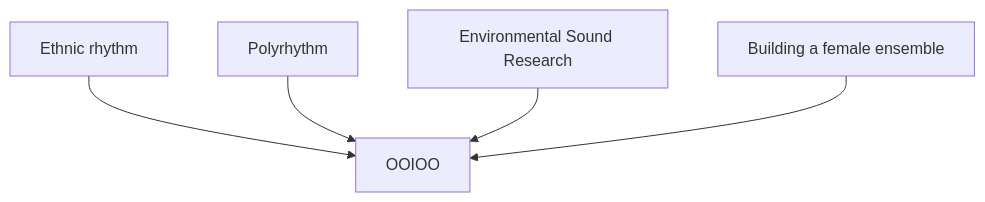
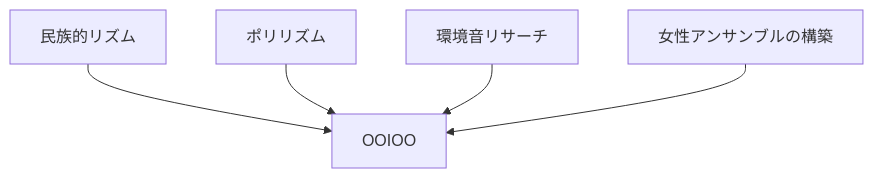
The fourth of 6 diagrams in en/_posts/2025-12-05-column-boredoms.md (monumental-movement/monumental-movement.github.io), drawn with Mermaid before and after one commit. The commit also changed other lines of this file and 775 other files, not shown here.

```diff
--- a/en/_posts/2025-12-05-column-boredoms.md
+++ b/en/_posts/2025-12-05-column-boredoms.md
@@ -193,7 +192,7 @@
 <div class="mermaid">
 flowchart TD
-    A["Ethnic rhythm"] --> X["OOIOO"]
-    B["Polyrhythm"] --> X
-    C["Environmental Sound Research"] --> X
-    D["Building a female ensemble"] --> X
+    A["民族的リズム"] --> X["OOIOO"]
+    B["ポリリズム"] --> X
+    C["環境音リサーチ"] --> X
+    D["女性アンサンブルの構築"] --> X
 </div>
```
